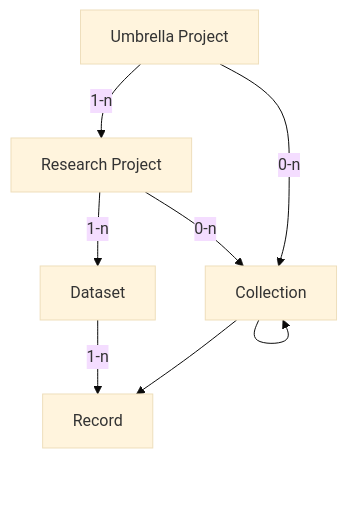
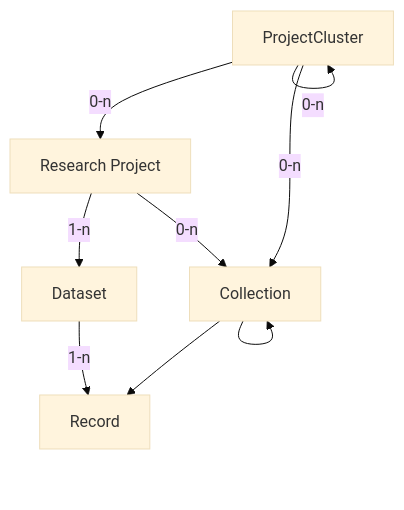
One commit to dasch-swiss/dsp-meta changed the diagram in docs/data/future-datamodel.md. Above: the diagram before and after it, drawn with Mermaid (base theme). The commit also changed other lines of this file and 3 other files, not shown here.

````diff
--- a/docs/data/future-datamodel.md
+++ b/docs/data/future-datamodel.md
@@ -37,11 +47,12 @@
 ```mermaid
 
 flowchart TD
-    hyper-project[Umbrella Project] -->|1-n| project[Research Project]
+    projectCluster[ProjectCluster] -->|0-n| project[Research Project]
+    projectCluster -->|0-n| projectCluster
     project -->|1-n| dataset[Dataset]
     dataset -->|1-n| record[Record]
     project -->|0-n| collection[Collection]
+    projectCluster -->|0-n| collection
     collection --> collection
-    hyper-project -->|0-n| collection
     collection --> record
 ```
````
